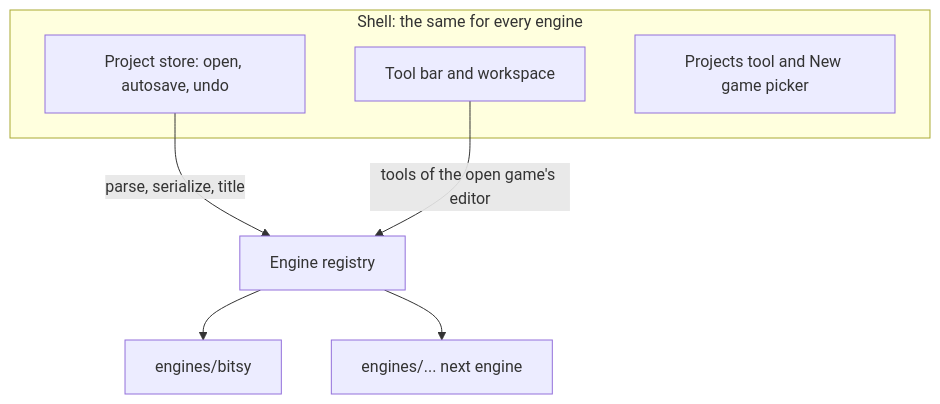
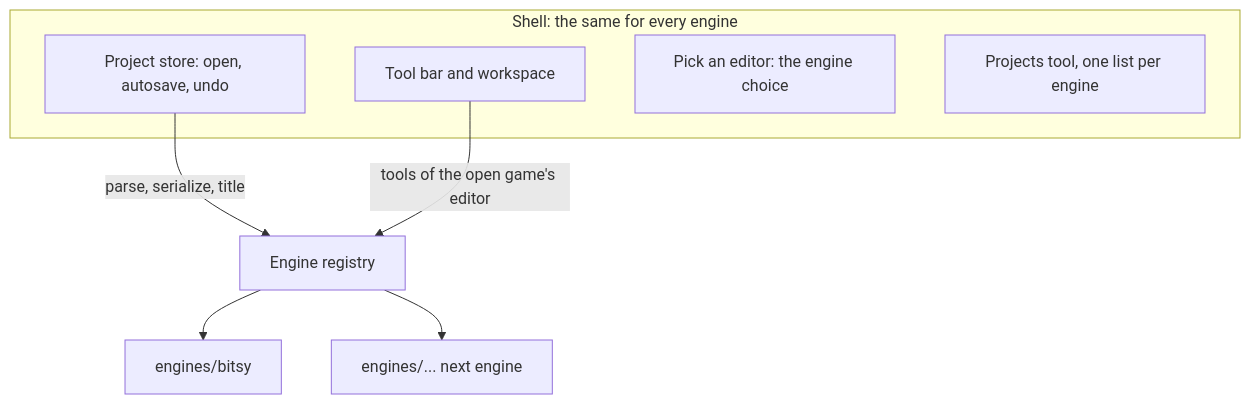
One commit to chili-chip/chili-creator changed the diagram in docs/develop/engines.md. Above: the diagram before and after it, drawn with Mermaid. The commit also changed other lines of this file and 53 other files, not shown here.

First line of the commit message:
Engine choice first, one project list per editor (#60)

````diff
--- a/docs/develop/engines.md
+++ b/docs/develop/engines.md
@@ -13,12 +13,13 @@
 ```mermaid
 flowchart TB
   subgraph Shell["Shell: the same for every engine"]
     S[Project store: open, autosave, undo]
     T[Tool bar and workspace]
-    P[Projects tool and New game picker]
+    C[Pick an editor: the engine choice]
+    P[Projects tool, one list per engine]
   end
   R[Engine registry] --> B[engines/bitsy]
   R --> F[engines/... next engine]
   S -- parse, serialize, title --> R
   T -- tools of the open game's editor --> R
 ```
````
